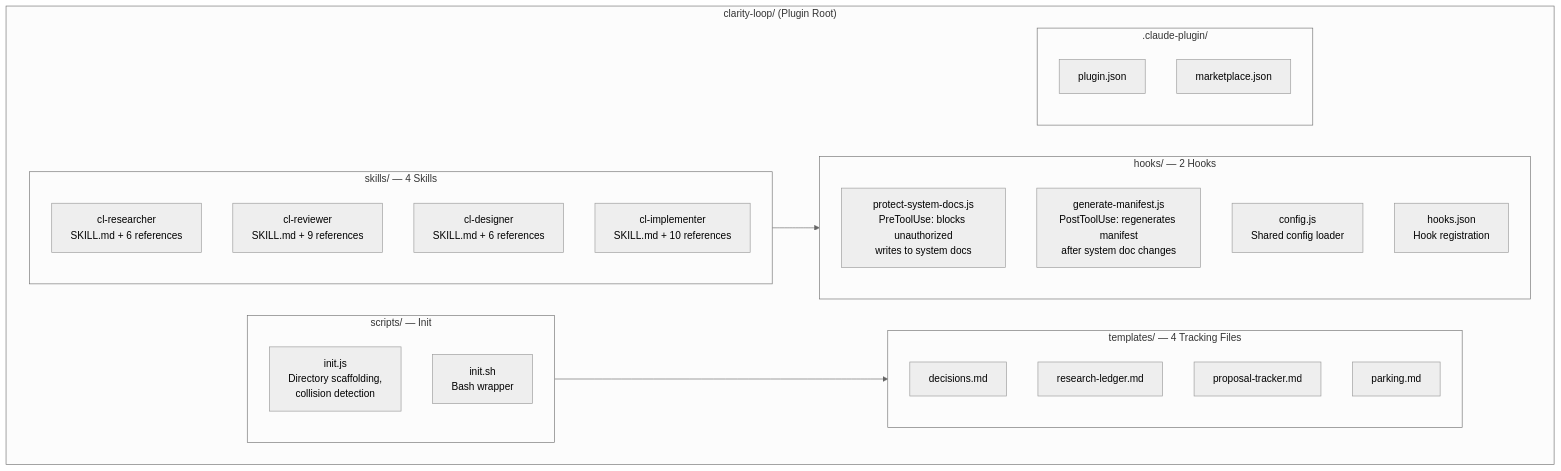
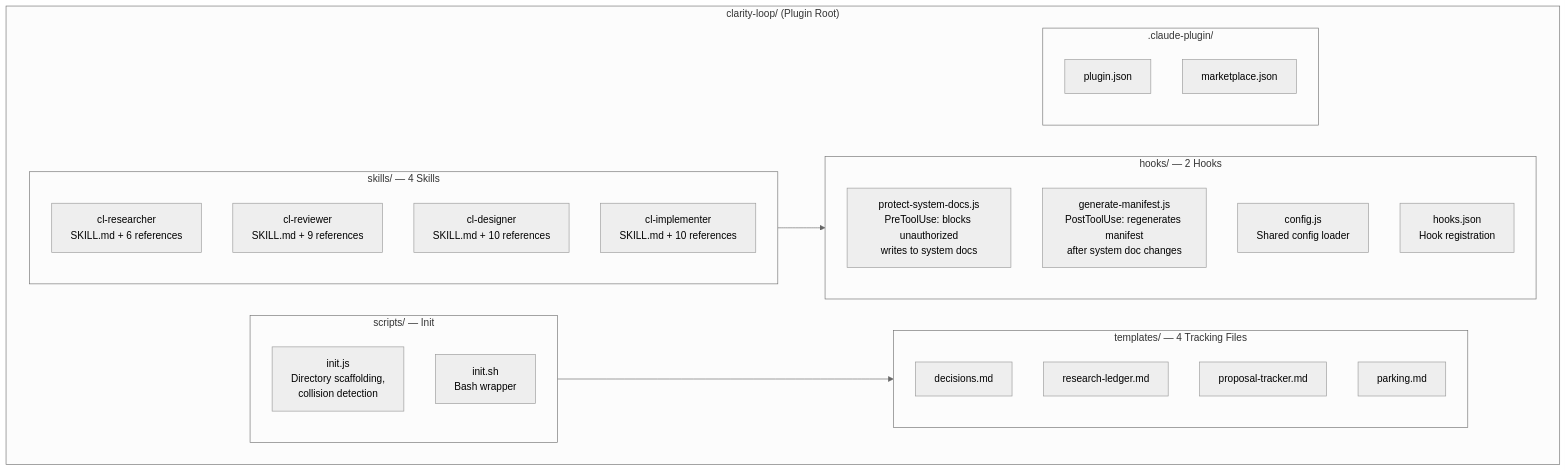
One commit to dev-eloper1/clarity-loop changed the first of 19 diagrams in docs/SYSTEM_DESIGN.md. Above: the diagram before and after it, drawn with Mermaid (neutral theme). The commit also changed other lines of this file and 45 other files, not shown here.

````diff
--- a/docs/SYSTEM_DESIGN.md
+++ b/docs/SYSTEM_DESIGN.md
@@ -37,38 +37,38 @@
 ```mermaid
 graph TD
     subgraph Plugin["clarity-loop/ (Plugin Root)"]
         subgraph Skills["skills/ — 4 Skills"]
             RES["cl-researcher<br/>SKILL.md + 6 references"]
             REV["cl-reviewer<br/>SKILL.md + 9 references"]
-            DES["cl-designer<br/>SKILL.md + 6 references"]
+            DES["cl-designer<br/>SKILL.md + 10 references"]
             IMP["cl-implementer<br/>SKILL.md + 10 references"]
         end
 
         subgraph Hooks["hooks/ — 2 Hooks"]
             PRE["protect-system-docs.js<br/>PreToolUse: blocks unauthorized<br/>writes to system docs"]
             POST["generate-manifest.js<br/>PostToolUse: regenerates manifest<br/>after system doc changes"]
             CFG["config.js<br/>Shared config loader"]
             HJ["hooks.json<br/>Hook registration"]
         end
 
         subgraph Scripts["scripts/ — Init"]
             INIT_JS["init.js<br/>Directory scaffolding,<br/>collision detection"]
             INIT_SH["init.sh<br/>Bash wrapper"]
         end
 
         subgraph Templates["templates/ — 4 Tracking Files"]
             T1["decisions.md"]
             T2["research-ledger.md"]
             T3["proposal-tracker.md"]
             T4["parking.md"]
         end
 
         subgraph PluginCfg[".claude-plugin/"]
             PJ["plugin.json"]
             MJ["marketplace.json"]
         end
     end
 
     Skills --> Hooks
     Scripts --> Templates
 ```
````
